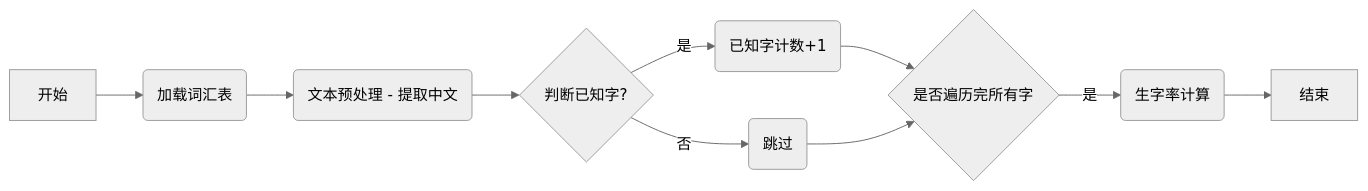
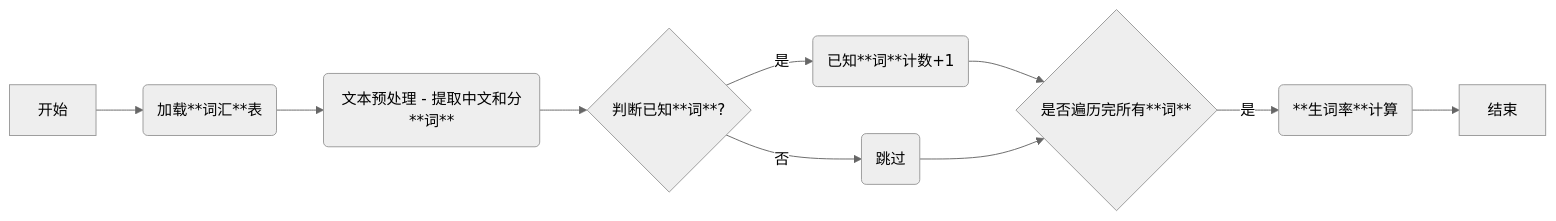
The diagram in .foam/literacy_calculation.md (digitalboy/StoryPal), drawn with Mermaid (neutral theme) before and after one commit. The commit also changed other lines of this file and 15 other files, not shown here.

````diff
--- a/.foam/literacy_calculation.md
+++ b/.foam/literacy_calculation.md
@@ -36,12 +106,12 @@
 ```mermaid
 graph LR
-    A[开始] --> B(加载词汇表);
-    B --> C(文本预处理 - 提取中文);
-    C --> D{判断已知字?};
-    D -- 是 --> E(已知字计数+1);
+    A[开始] --> B(加载**词汇**表);
+    B --> C(文本预处理 - 提取中文和分**词**);
+    C --> D{判断已知**词**?};
+    D -- 是 --> E(已知**词**计数+1);
     D -- 否 --> F(跳过);
-    E --> G{是否遍历完所有字};
+    E --> G{是否遍历完所有**词**};
     F --> G;
-    G -- 是 --> H(生字率计算);
+    G -- 是 --> H(**生词率**计算);
     H --> I[结束];
 ```
````
